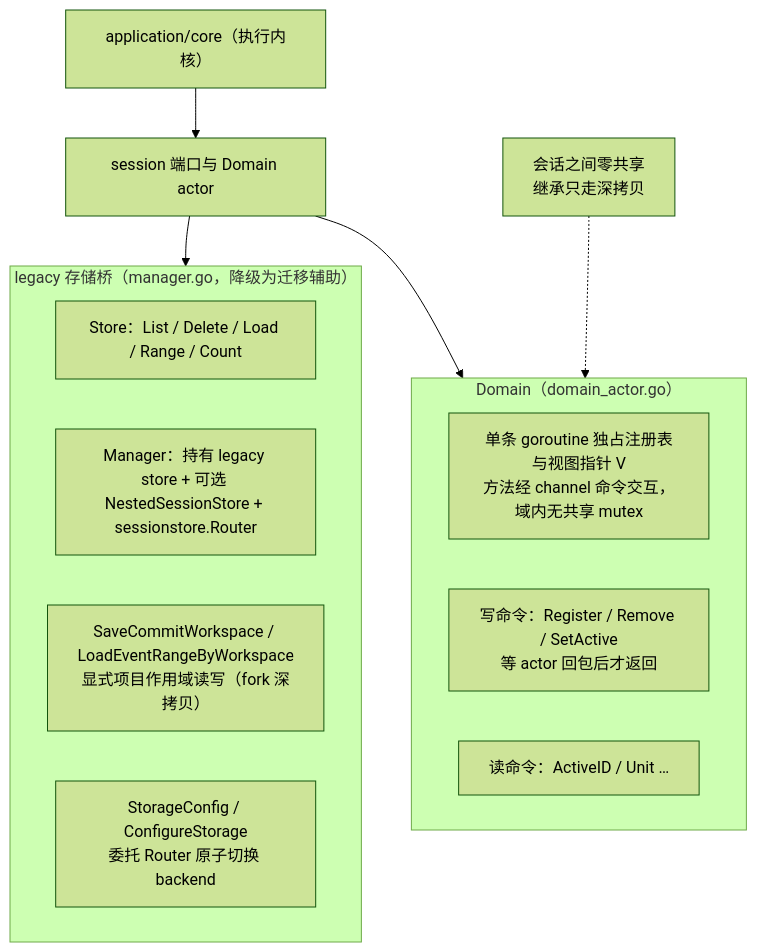
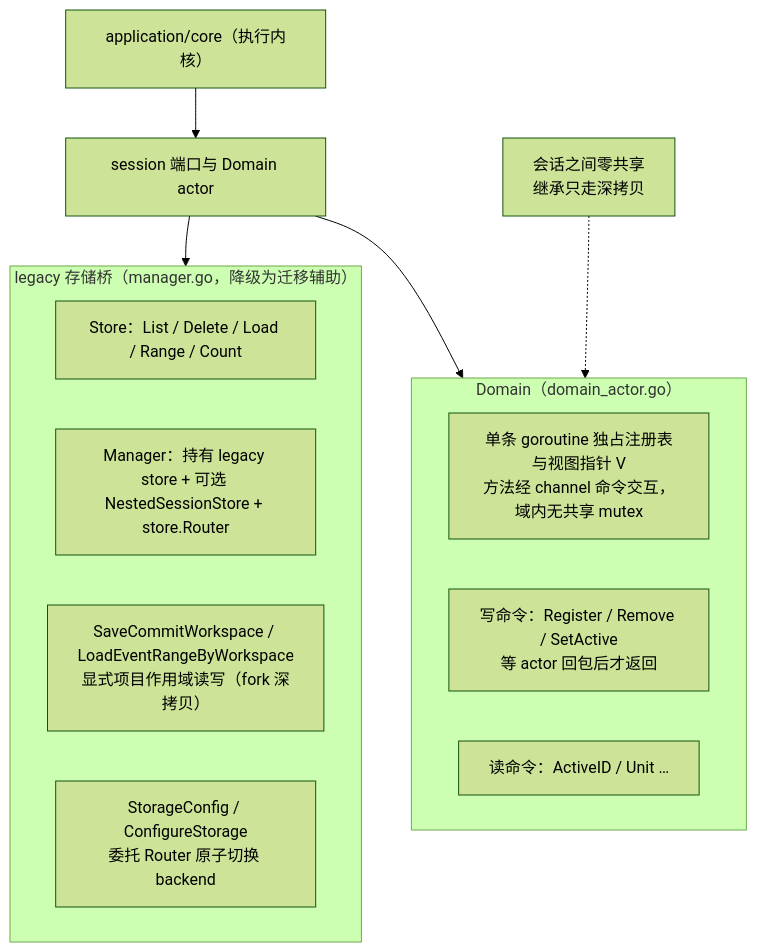
One commit to RedHuang-0622/seelex changed the first of 2 diagrams in session/README.md. Above: the diagram before and after it, drawn with Mermaid (forest theme). The commit also changed other lines of this file and 1013 other files, not shown here.

````diff
--- a/session/README.md
+++ b/session/README.md
@@ -16,21 +16,21 @@
 ```mermaid
 flowchart TB
     CORE["application/core（执行内核）"] --> PORT["session 端口与 Domain actor"]
 
     subgraph DOMAIN["Domain（domain_actor.go）"]
         ACTOR["单条 goroutine 独占注册表与视图指针 V<br/>方法经 channel 命令交互，域内无共享 mutex"]
         W["写命令：Register / Remove / SetActive<br/>等 actor 回包后才返回"]
         R["读命令：ActiveID / Unit …"]
     end
 
     subgraph LEGACY["legacy 存储桥（manager.go，降级为迁移辅助）"]
         STORE["Store：List / Delete / Load / Range / Count"]
-        MGR["Manager：持有 legacy store + 可选 NestedSessionStore + sessionstore.Router"]
+        MGR["Manager：持有 legacy store + 可选 NestedSessionStore + store.Router"]
         SAW["SaveCommitWorkspace / LoadEventRangeByWorkspace<br/>显式项目作用域读写（fork 深拷贝）"]
         CFG["StorageConfig / ConfigureStorage<br/>委托 Router 原子切换 backend"]
     end
 
     PORT --> DOMAIN
     PORT --> LEGACY
     NOTE["会话之间零共享<br/>继承只走深拷贝"] -.-> DOMAIN
 ```
````
